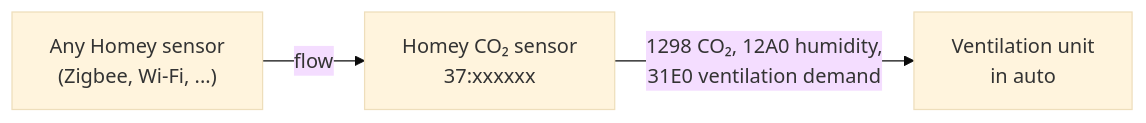
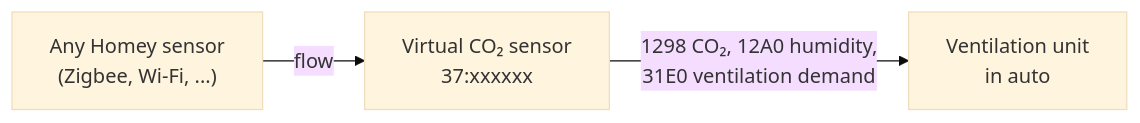
One commit to starredev/homey-ramses-esp changed the diagram in docs/homey-co2-sensor.md. Above: the diagram before and after it, drawn with Mermaid (base theme). The commit also changed other lines of this file and 20 other files, not shown here.

````diff
--- a/docs/homey-co2-sensor.md
+++ b/docs/homey-co2-sensor.md
@@ -31,5 +31,5 @@
 ```mermaid
 flowchart LR
-    Z["Any Homey sensor<br/>(Zigbee, Wi-Fi, ...)"] -- flow --> V["Homey CO₂ sensor<br/>37:xxxxxx"]
+    Z["Any Homey sensor<br/>(Zigbee, Wi-Fi, ...)"] -- flow --> V["Virtual CO₂ sensor<br/>37:xxxxxx"]
     V -- "1298 CO₂, 12A0 humidity,<br/>31E0 ventilation demand" --> U["Ventilation unit<br/>in auto"]
 ```
````
